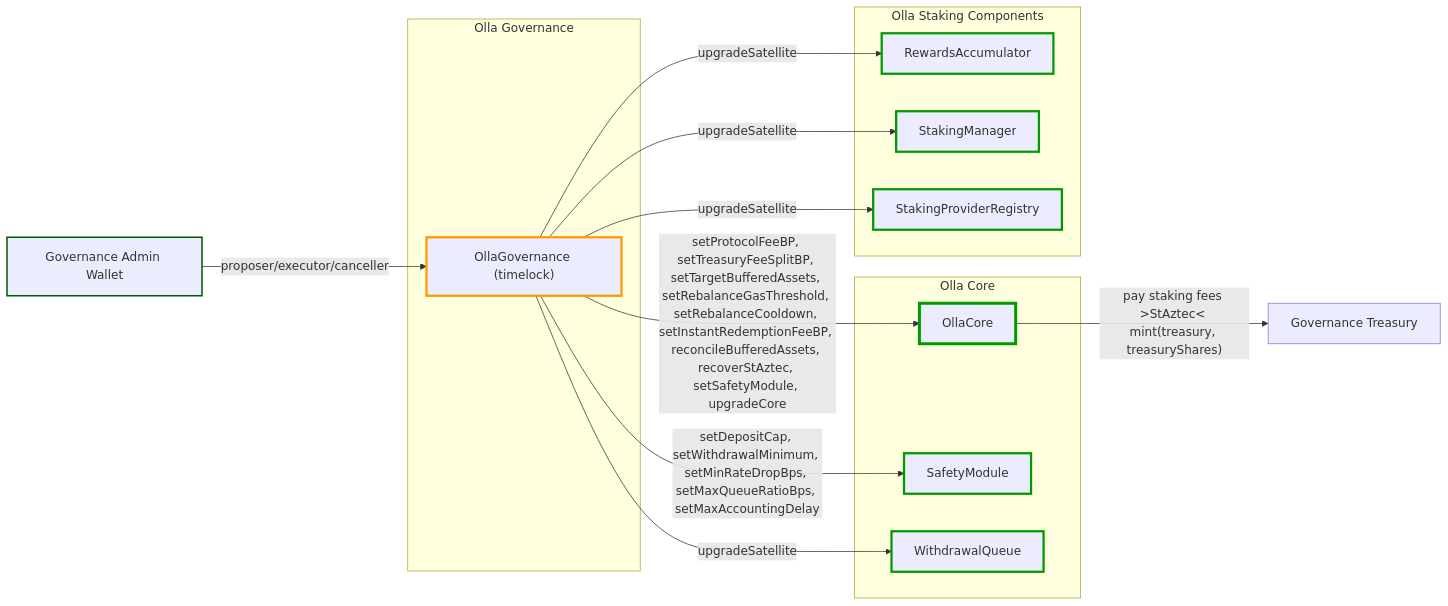
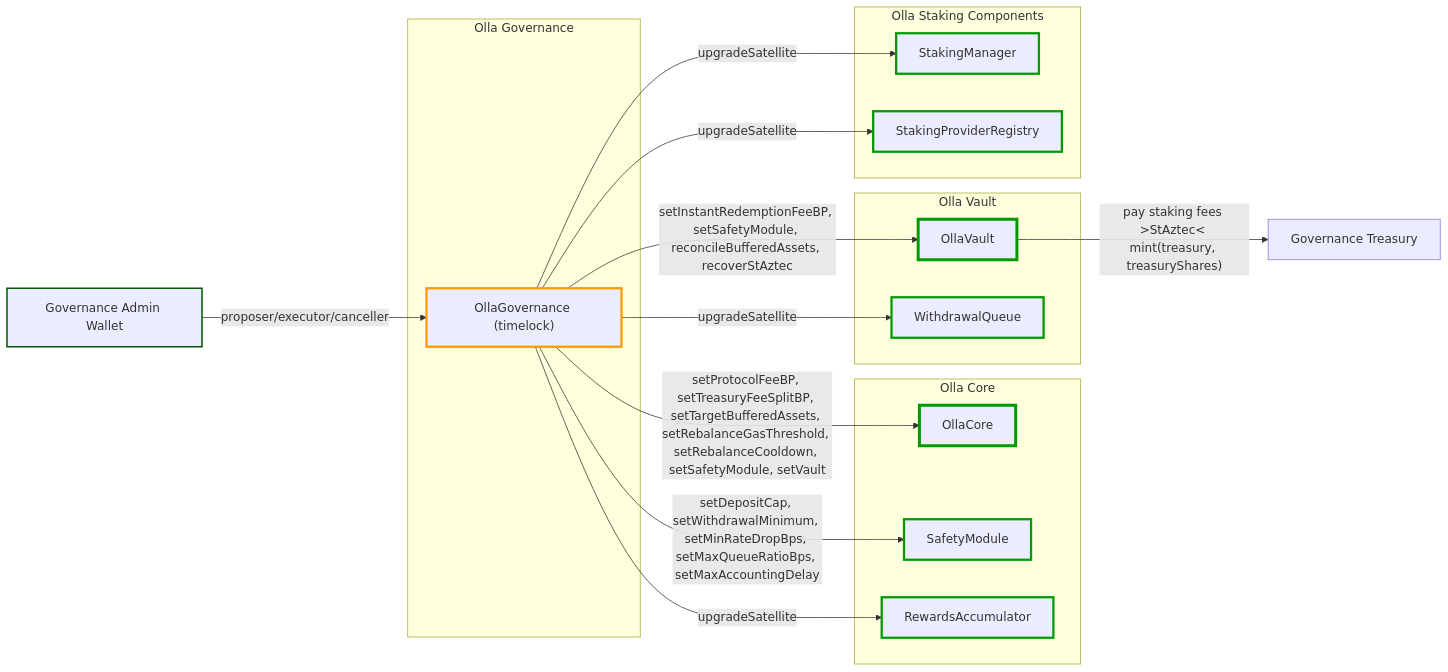
Before and after one commit to ollafinance/core: the eighth of 8 diagrams in docs/overview.md, drawn with Mermaid. The commit also changed other lines of this file and 1 other file, not shown here.

Commit message:
update mermaid diagrams

````diff
--- a/docs/overview.md
+++ b/docs/overview.md
@@ -346,41 +381,46 @@
 ```mermaid
 flowchart LR
 
 governanceAdminWallet[Governance Admin Wallet]
 treasury[Governance Treasury]
 
 subgraph "Olla Governance"
     ollaGov["OllaGovernance (timelock)"]
 end
 
 governanceAdminWallet -->|"proposer/executor/canceller"| ollaGov
 
 subgraph "Olla Core"
     core[OllaCore]
     safety[SafetyModule]
+    rewards[RewardsAccumulator]
+end
+subgraph "Olla Vault"
+    vault[OllaVault]
     withdrawQ[WithdrawalQueue]
 end
 subgraph "Olla Staking Components"
-    rewards[RewardsAccumulator]
     stkMan[StakingManager]
     spr[StakingProviderRegistry]
 end
 
-ollaGov -->|"setProtocolFeeBP, setTreasuryFeeSplitBP, setTargetBufferedAssets, setRebalanceGasThreshold, setRebalanceCooldown, setInstantRedemptionFeeBP, reconcileBufferedAssets, recoverStAztec, setSafetyModule, upgradeCore"| core
+ollaGov -->|"setProtocolFeeBP, setTreasuryFeeSplitBP, setTargetBufferedAssets, setRebalanceGasThreshold, setRebalanceCooldown, setSafetyModule, setVault"| core
+ollaGov -->|"setInstantRedemptionFeeBP, setSafetyModule, reconcileBufferedAssets, recoverStAztec"| vault
 ollaGov -->|"setDepositCap, setWithdrawalMinimum, setMinRateDropBps, setMaxQueueRatioBps, setMaxAccountingDelay"| safety
 ollaGov -->|"upgradeSatellite"| withdrawQ
 ollaGov -->|"upgradeSatellite"| rewards
 ollaGov -->|"upgradeSatellite"| stkMan
 ollaGov -->|"upgradeSatellite"| spr
 
-core -->|"pay staking fees >StAztec< mint(treasury, treasuryShares)"| treasury
+vault -->|"pay staking fees >StAztec< mint(treasury, treasuryShares)"| treasury
 
 style governanceAdminWallet stroke:#050,stroke-width:2px
 style ollaGov stroke:#f90,stroke-width:3px
 style core stroke:#090,stroke-width:4px
+style vault stroke:#090,stroke-width:4px
 style safety stroke:#090,stroke-width:3px
 style rewards stroke:#090,stroke-width:3px
 style stkMan stroke:#090,stroke-width:3px
 style spr stroke:#090,stroke-width:3px
 style withdrawQ stroke:#090,stroke-width:3px
 ```
````
